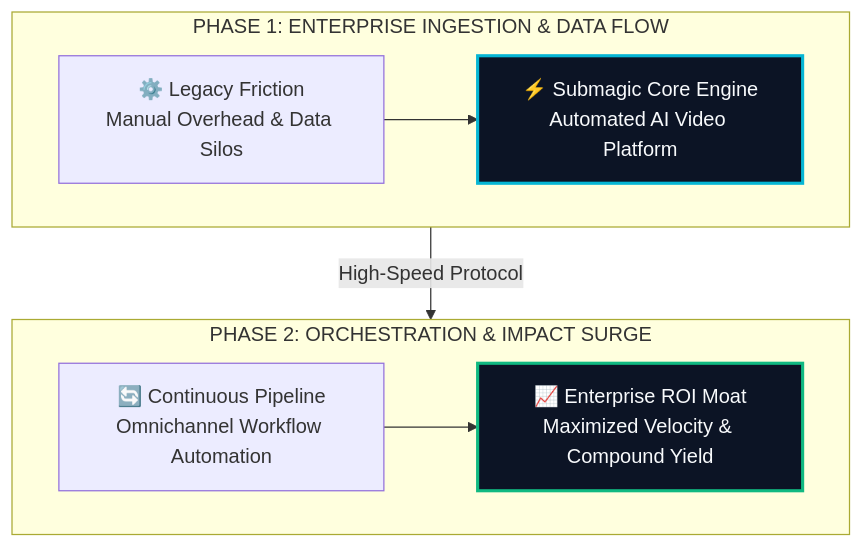
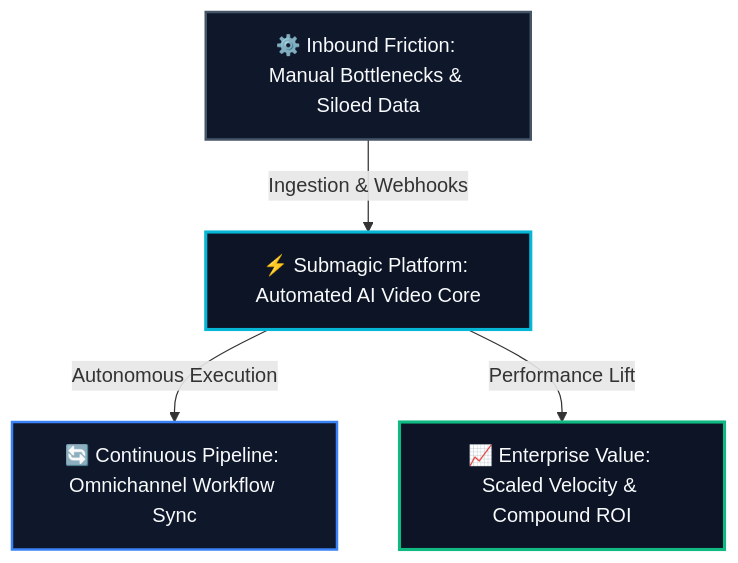
Before and after one commit to heliatech-media/saas-radar: the diagram in site/src/content/blog/submagic-evolution-guide-2026.md, drawn with Mermaid. The commit also changed 93 other files, not shown here.

First line of the commit message:
fix(diagrams): resolve dagre-d3 subgraph collision by migrating to balanced 3-tier Hub & Spoke architecture

````diff
--- a/site/src/content/blog/submagic-evolution-guide-2026.md
+++ b/site/src/content/blog/submagic-evolution-guide-2026.md
@@ -54,14 +54,14 @@
 ```mermaid
 flowchart TD
-    subgraph S1["PHASE 1: ENTERPRISE INGESTION & DATA FLOW"]
-        direction LR
-        A["⚙️ Legacy Friction<br/>Manual Overhead & Data Silos"] --> B["⚡ Submagic Core Engine<br/>Automated AI Video Platform"]
-    end
-    subgraph S2["PHASE 2: ORCHESTRATION & IMPACT SURGE"]
-        direction LR
-        C["🔄 Continuous Pipeline<br/>Omnichannel Workflow Automation"] --> D["📈 Enterprise ROI Moat<br/>Maximized Velocity & Compound Yield"]
-    end
-    S1 -->|High-Speed Protocol| S2
-    style B fill:#0c1425,stroke:#06b6d4,stroke-width:2.5px,color:#f8fafc
-    style D fill:#0c1425,stroke:#10b981,stroke-width:2.5px,color:#f8fafc
+    Inp["⚙️ Inbound Friction: Manual Bottlenecks & Siloed Data"]
+    Eng["⚡ Submagic Platform: Automated AI Video Core"]
+    Out1["🔄 Continuous Pipeline: Omnichannel Workflow Sync"]
+    Out2["📈 Enterprise Value: Scaled Velocity & Compound ROI"]
+    Inp -->|Ingestion & Webhooks| Eng
+    Eng -->|Autonomous Execution| Out1
+    Eng -->|Performance Lift| Out2
+    style Inp fill:#0f172a,stroke:#475569,stroke-width:2px,color:#f8fafc
+    style Eng fill:#0c1425,stroke:#06b6d4,stroke-width:2.5px,color:#f8fafc
+    style Out1 fill:#0f172a,stroke:#3b82f6,stroke-width:2px,color:#f8fafc
+    style Out2 fill:#0c1425,stroke:#10b981,stroke-width:2.5px,color:#f8fafc
 ```
````
